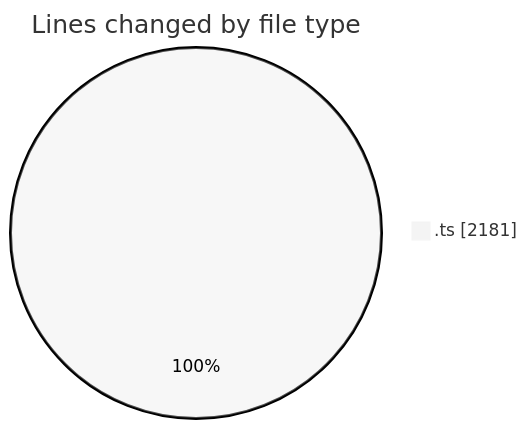
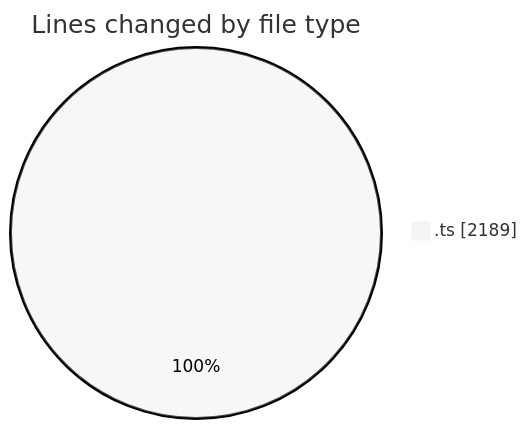
One commit to momahboobian/code-tracking changed the first of 2 diagrams in 2025-10-24/cda/README.md. Above: the diagram before and after it, drawn with Mermaid (neutral theme). The commit also changed other lines of this file and 1 other file, not shown here.

````diff
--- a/2025-10-24/cda/README.md
+++ b/2025-10-24/cda/README.md
@@ -24,5 +24,5 @@
 ```mermaid
 pie showData
 title Lines changed by file type
-".ts" : 2181
+".ts" : 2189
 ```
````
